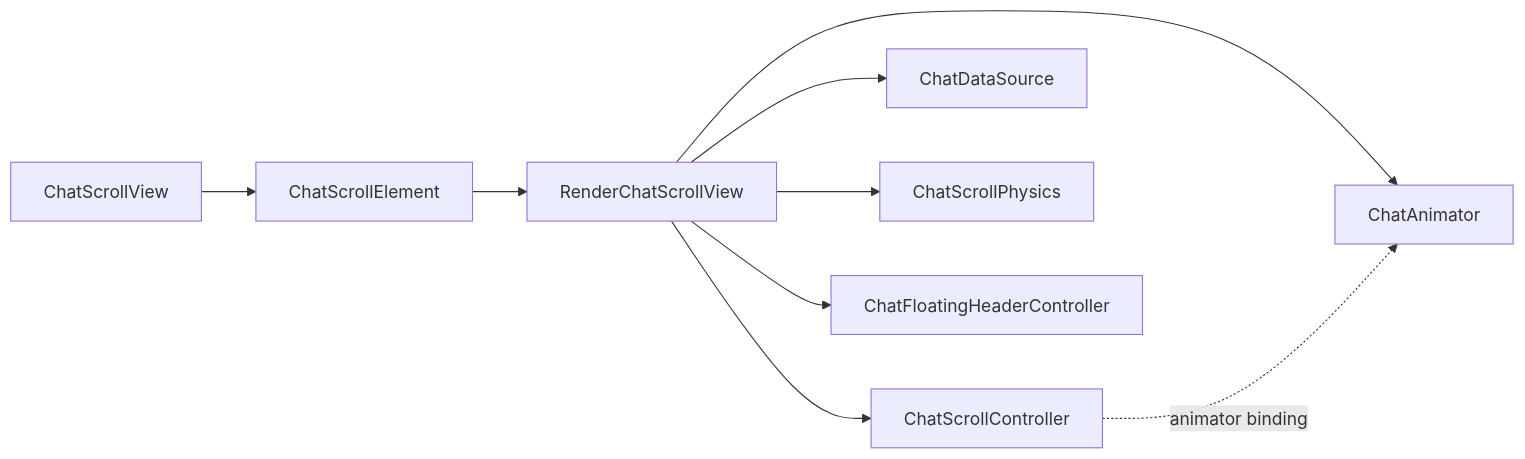
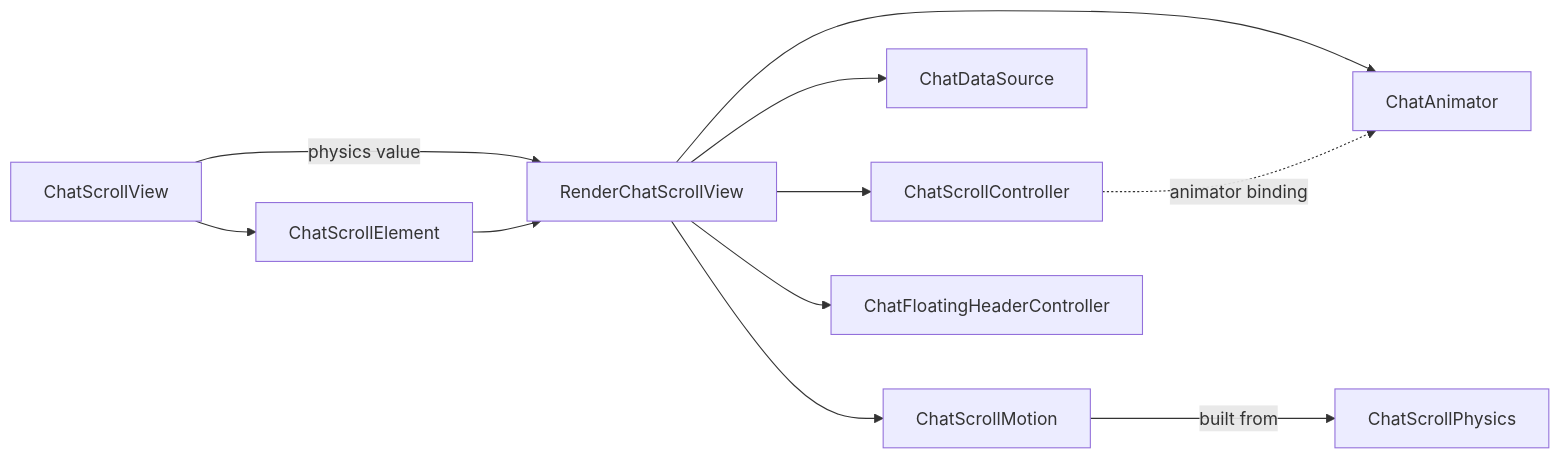
One commit to itsezlife/chat_scroll_view changed the diagram in docs/architecture/03-layers.md. Above: the diagram before and after it, drawn with Mermaid. The commit also changed other lines of this file and 20 other files, not shown here.

First line of the commit message:
Scroll physics: stretch, rubber-band and clamped presets with a platform default (#55)

````diff
--- a/docs/architecture/03-layers.md
+++ b/docs/architecture/03-layers.md
@@ -32,20 +37,23 @@
 ```mermaid
 flowchart LR
   Widget[ChatScrollView]
   Element[ChatScrollElement]
   Render[RenderChatScrollView]
   Ctrl[ChatScrollController]
   DS[ChatDataSource]
   Anim[ChatAnimator]
   Phys[ChatScrollPhysics]
+  Motion[ChatScrollMotion]
   FH[ChatFloatingHeaderController]
 
   Widget --> Element
+  Widget -->|physics value| Render
   Element --> Render
   Render --> Ctrl
   Render --> DS
   Render --> Anim
-  Render --> Phys
+  Render --> Motion
+  Motion -->|built from| Phys
   Render --> FH
   Ctrl -.->|animator binding| Anim
 ```
````
